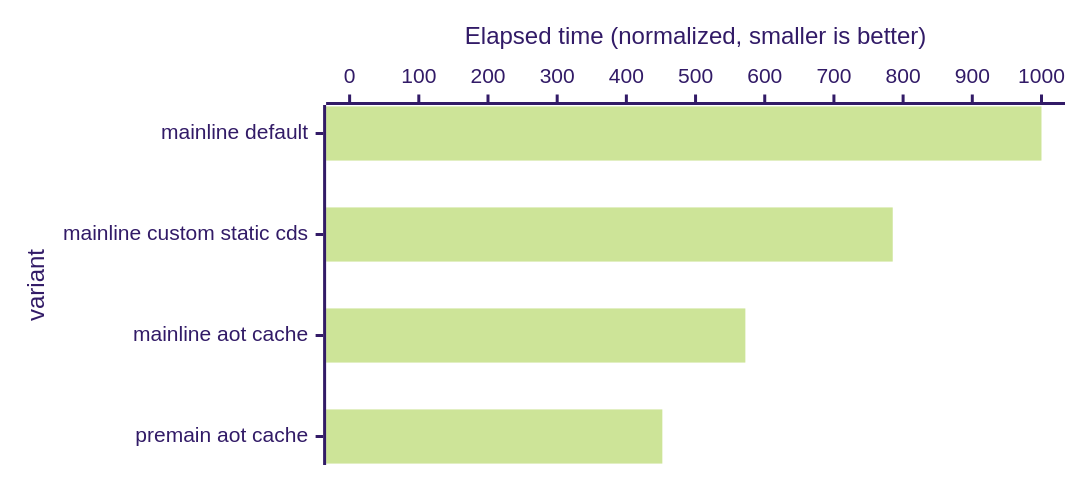
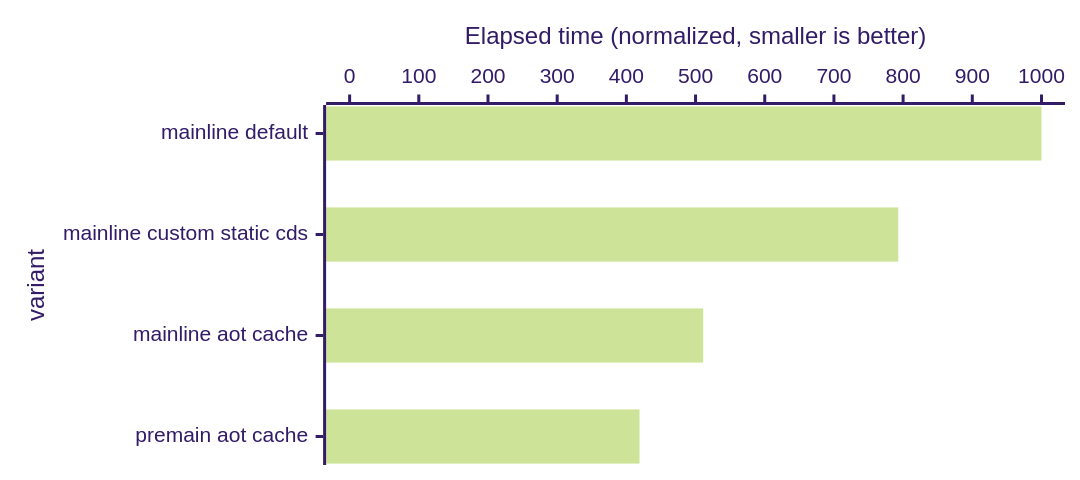
Before and after one commit to openjdk/leyden: the second of 12 diagrams in benchmarks/README.md, drawn with Mermaid. The commit also changed other lines of this file and 4 other files, not shown here.

````diff
--- a/benchmarks/README.md
+++ b/benchmarks/README.md
@@ -140,13 +140,13 @@
 ```mermaid
 ---
 config:
     theme: "forest"
     xyChart:
         chartOrientation: horizontal
         height: 300
 ---
 xychart-beta
     x-axis "variant" ["mainline default", "mainline custom static cds", "mainline aot cache", "premain aot cache"]
     y-axis "Elapsed time (normalized, smaller is better)" 0 --> 1000
-    bar [1000, 785, 572, 452]
+    bar [1000, 793, 511, 419]
 ```
````
